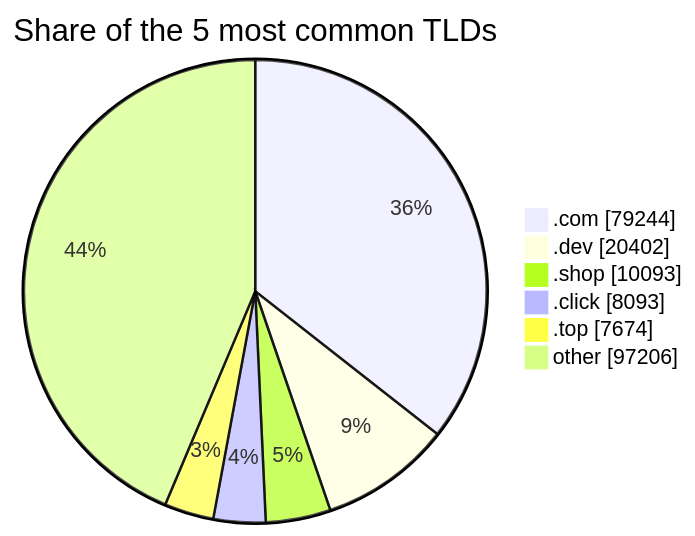
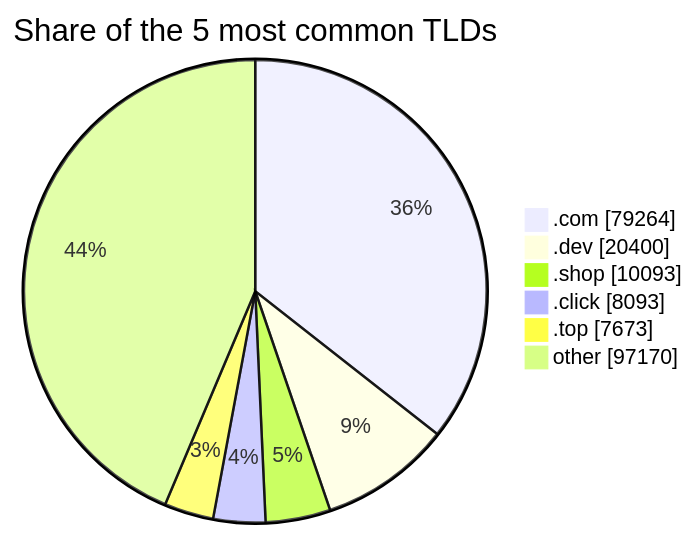
Before and after one commit to DNSBunker/CTI: the third of 3 diagrams in README.md, drawn with Mermaid. The commit also changed other lines of this file and 3 other files, not shown here.

````diff
--- a/README.md
+++ b/README.md
@@ -81,9 +81,9 @@
 ```mermaid
 pie showData title Share of the 5 most common TLDs
-    ".com" : 79244
-    ".dev" : 20402
+    ".com" : 79264
+    ".dev" : 20400
     ".shop" : 10093
     ".click" : 8093
-    ".top" : 7674
-    "other" : 97206
+    ".top" : 7673
+    "other" : 97170
 ```
````
